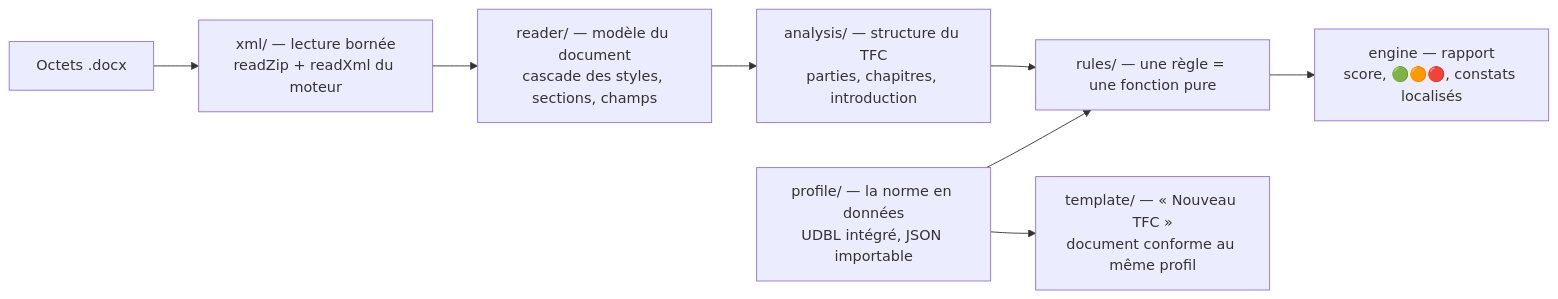
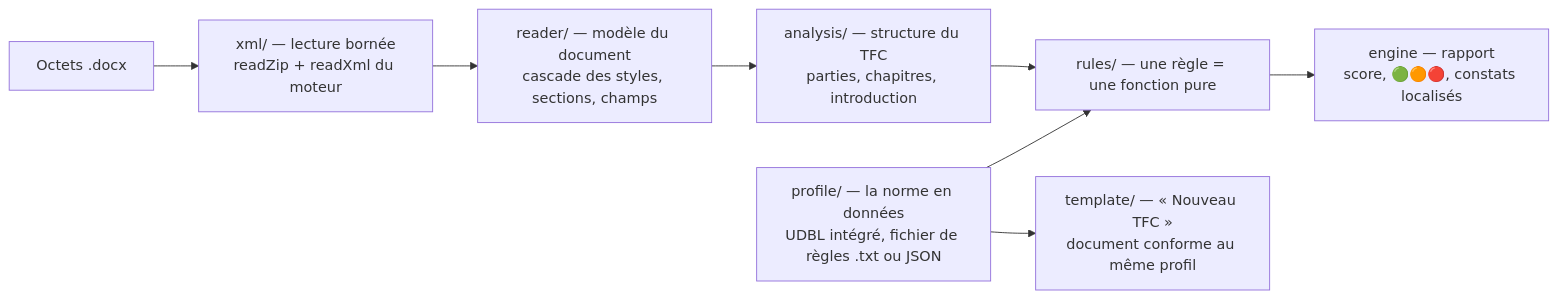
One commit to Alfred-jiresse/IntelliEditor1.0.1 changed the diagram in packages/conformity/README.md. Above: the diagram before and after it, drawn with Mermaid. The commit also changed other lines of this file and 21 other files, not shown here.

````diff
--- a/packages/conformity/README.md
+++ b/packages/conformity/README.md
@@ -12,10 +12,10 @@
 ```mermaid
 flowchart LR
   A[Octets .docx] --> B[xml/ — lecture bornée<br/>readZip + readXml du moteur]
   B --> C[reader/ — modèle du document<br/>cascade des styles, sections, champs]
   C --> D[analysis/ — structure du TFC<br/>parties, chapitres, introduction]
-  P[profile/ — la norme en données<br/>UDBL intégré, JSON importable] --> E
+  P[profile/ — la norme en données<br/>UDBL intégré, fichier de règles .txt ou JSON] --> E
   D --> E[rules/ — une règle = une fonction pure]
   E --> F[engine — rapport<br/>score, 🟢🟠🔴, constats localisés]
   P --> T[template/ — « Nouveau TFC »<br/>document conforme au même profil]
 ```
````
